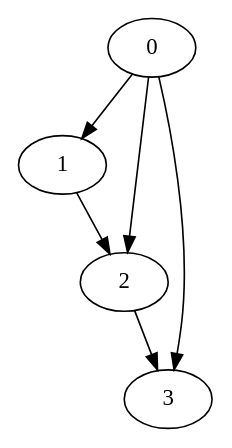
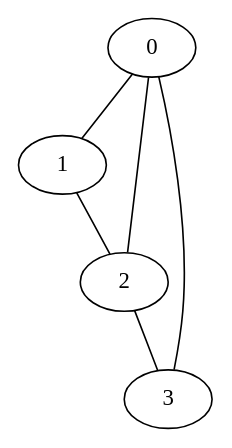
Before and after one commit to walid78/mrfou: the diagram in projetAMR/reduction/rapport/images/jeurapport.dot, drawn with Graphviz. The commit also changed 2 other files, not shown here.

```diff
--- a/projetAMR/reduction/rapport/images/jeurapport.dot
+++ b/projetAMR/reduction/rapport/images/jeurapport.dot
@@ -1,11 +1,11 @@
-digraph G{
+graph G{
 0 [label = "0"];
 1 [label = "1"];
 2 [label = "2"];
 3 [label = "3"];
-0 -> 1;
-0 -> 2;
-0 -> 3;
-1 -> 2;
-2 -> 3;
+0 -- 1;
+0 -- 2;
+0 -- 3;
+1 -- 2;
+2 -- 3;
 }
```
